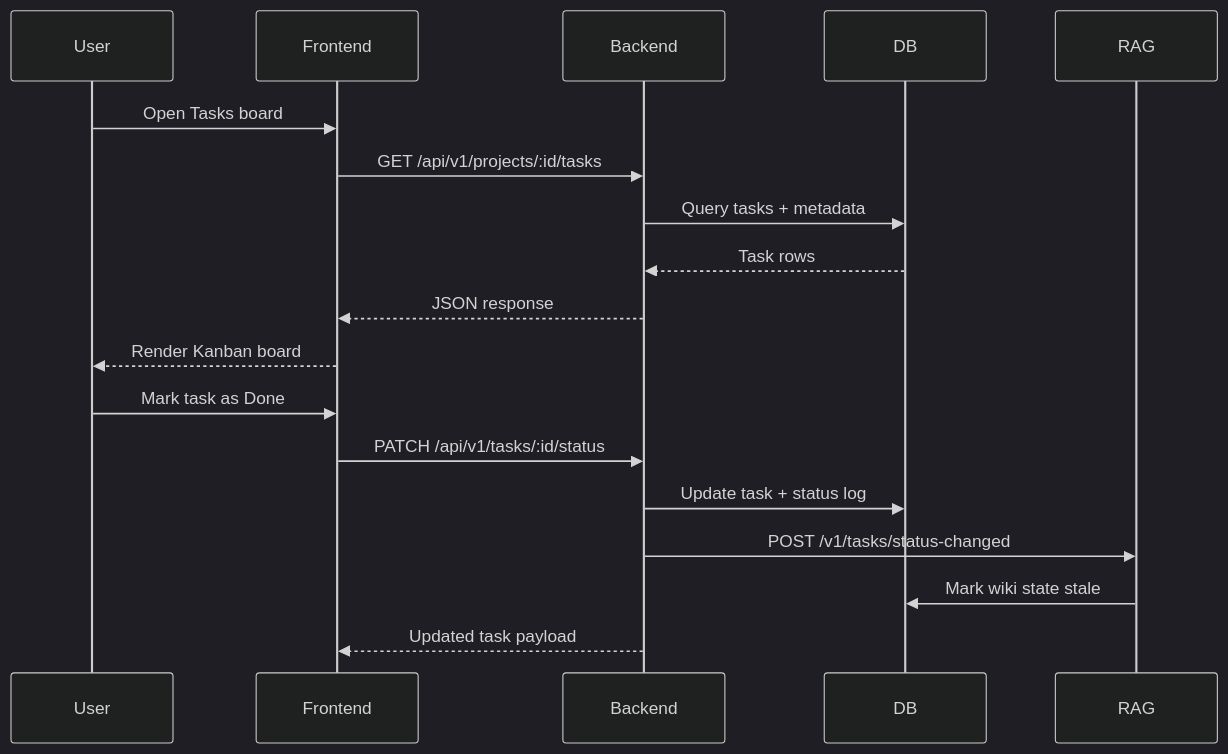
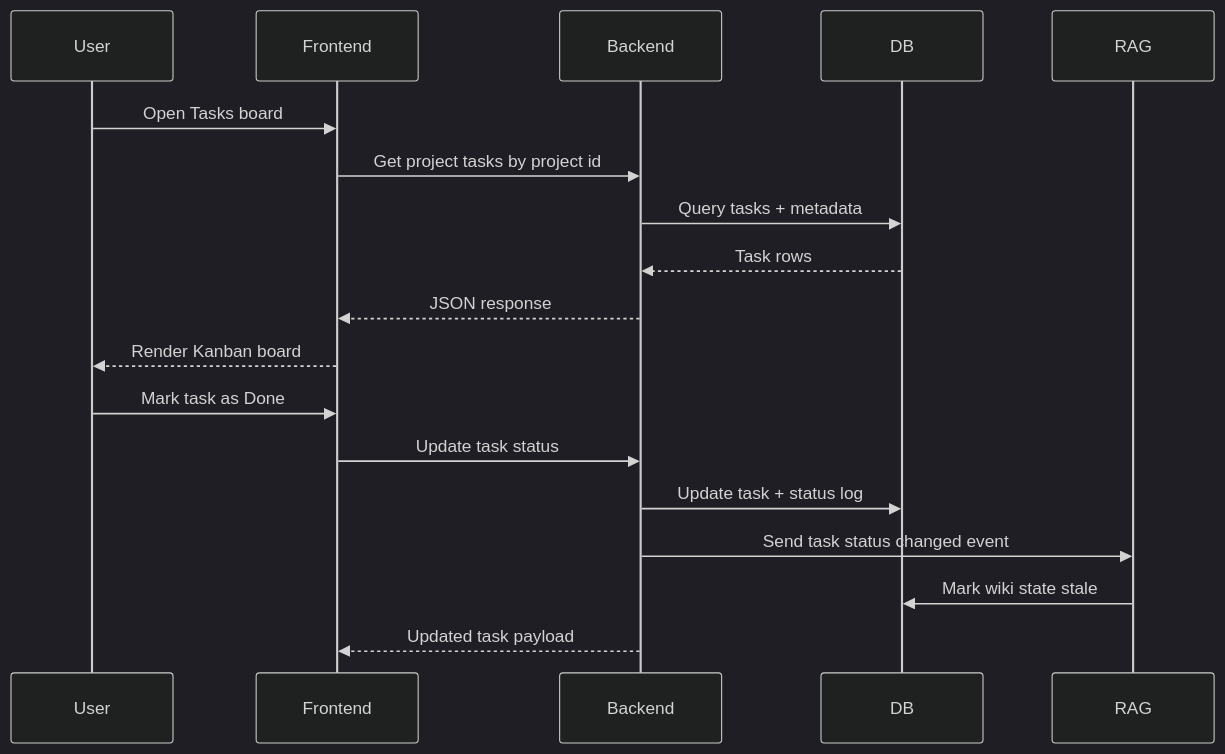
One commit to NuhashMaq/Vivasoft-OMS-Project changed the second of 7 diagrams in README.md. Above: the diagram before and after it, drawn with Mermaid (dark theme). The commit also changed other lines of this file, not shown here.

Commit message:
docs: make mermaid diagrams renderer-compatible

````diff
--- a/README.md
+++ b/README.md
@@ -77,22 +77,22 @@
 ```mermaid
 sequenceDiagram
    participant User
    participant Frontend
    participant Backend
    participant DB
    participant RAG
 
    User->>Frontend: Open Tasks board
-   Frontend->>Backend: GET /api/v1/projects/:id/tasks
+   Frontend->>Backend: Get project tasks by project id
    Backend->>DB: Query tasks + metadata
    DB-->>Backend: Task rows
    Backend-->>Frontend: JSON response
    Frontend-->>User: Render Kanban board
 
    User->>Frontend: Mark task as Done
-   Frontend->>Backend: PATCH /api/v1/tasks/:id/status
+   Frontend->>Backend: Update task status
    Backend->>DB: Update task + status log
-   Backend->>RAG: POST /v1/tasks/status-changed
+   Backend->>RAG: Send task status changed event
    RAG->>DB: Mark wiki state stale
    Backend-->>Frontend: Updated task payload
 ```
````
